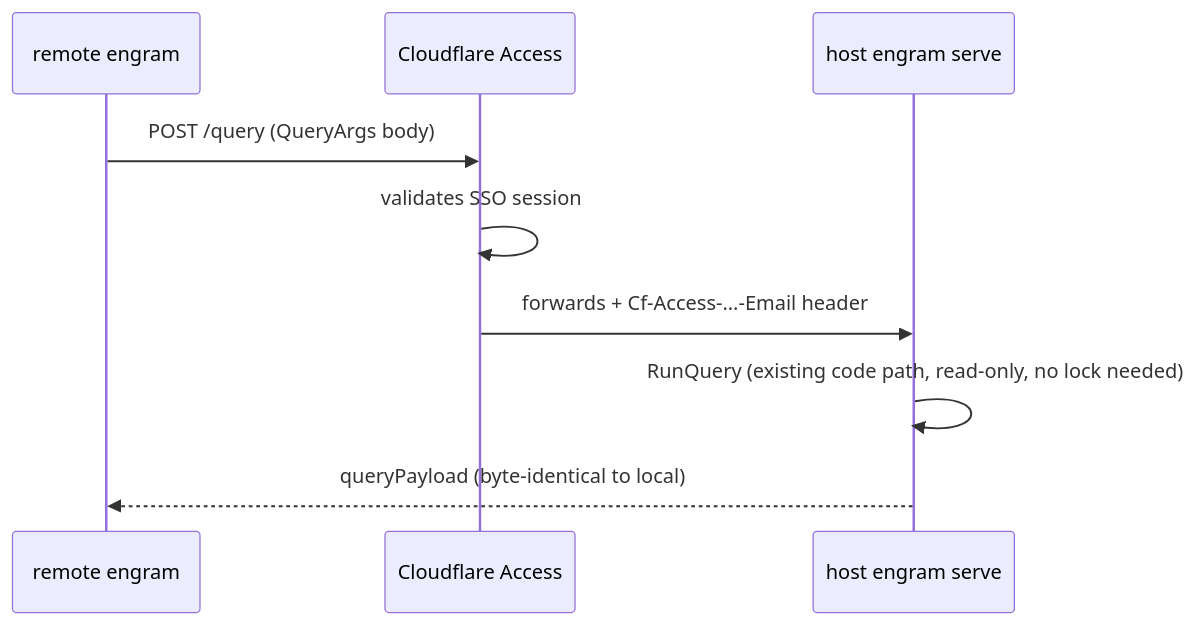
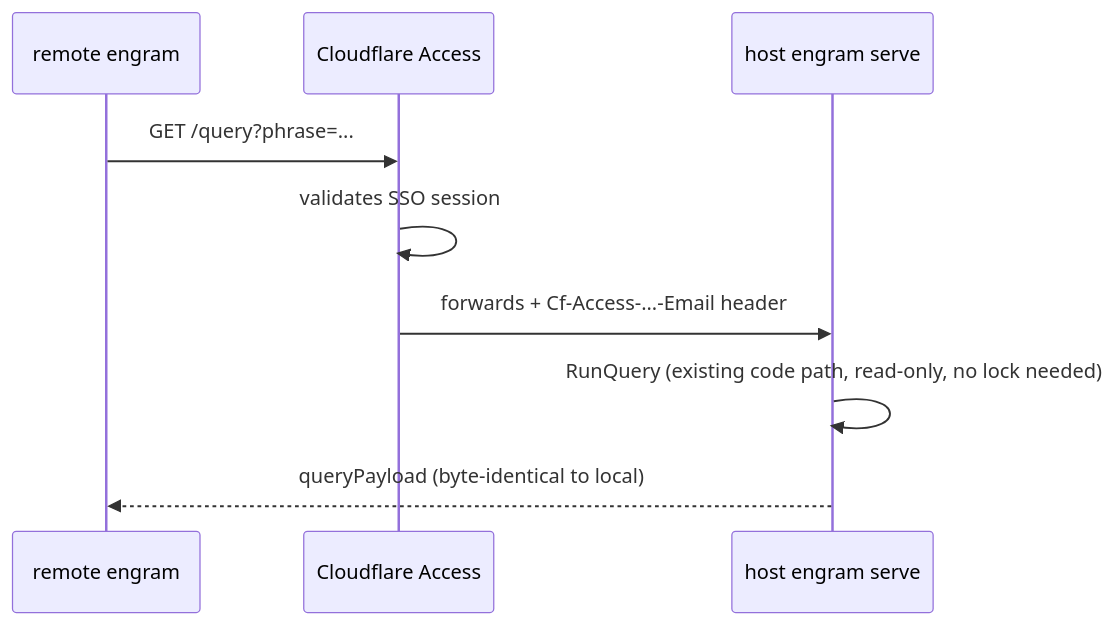
Before and after one commit to toejough/engram: the first of 3 diagrams in openspec/changes/serve-vault-api/design.md, drawn with Mermaid. The commit also changed other lines of this file and 3 other files, not shown here.

````diff
--- a/openspec/changes/serve-vault-api/design.md
+++ b/openspec/changes/serve-vault-api/design.md
@@ -65,11 +72,11 @@
 ```mermaid
 sequenceDiagram
     participant R as remote engram
     participant CF as Cloudflare Access
     participant S as host engram serve
-    R->>CF: POST /query (QueryArgs body)
+    R->>CF: GET /query?phrase=...
     CF->>CF: validates SSO session
     CF->>S: forwards + Cf-Access-...-Email header
     S->>S: RunQuery (existing code path, read-only, no lock needed)
     S-->>R: queryPayload (byte-identical to local)
 ```
````
